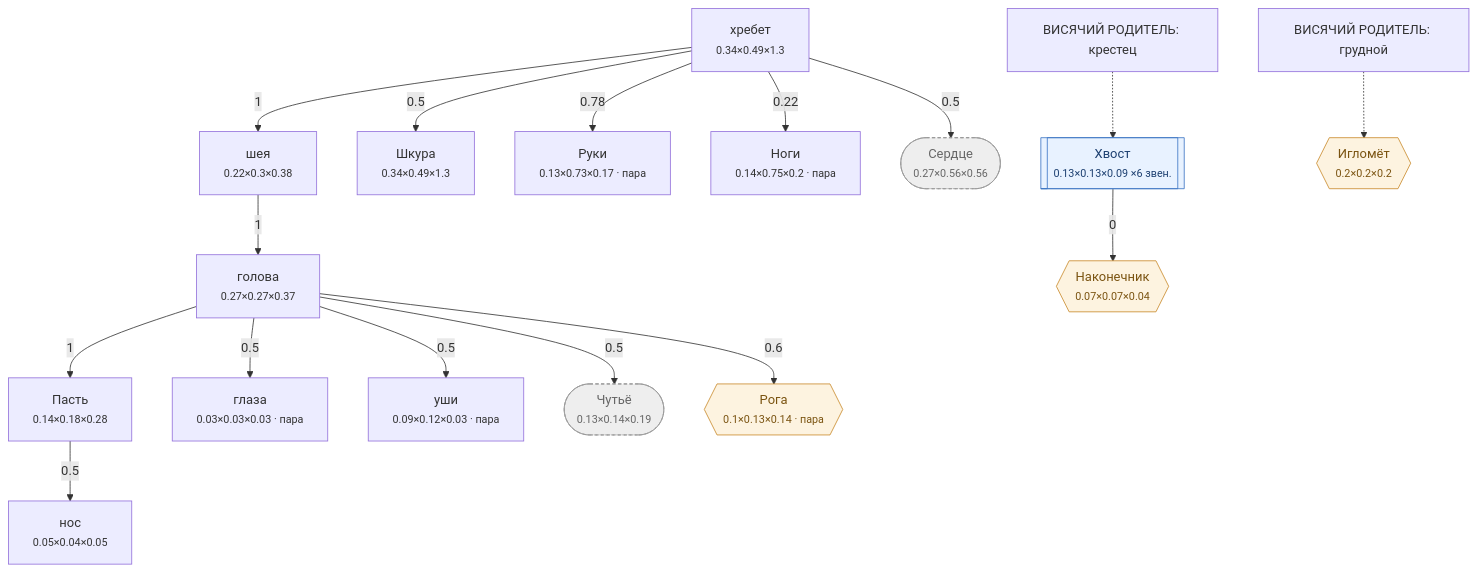
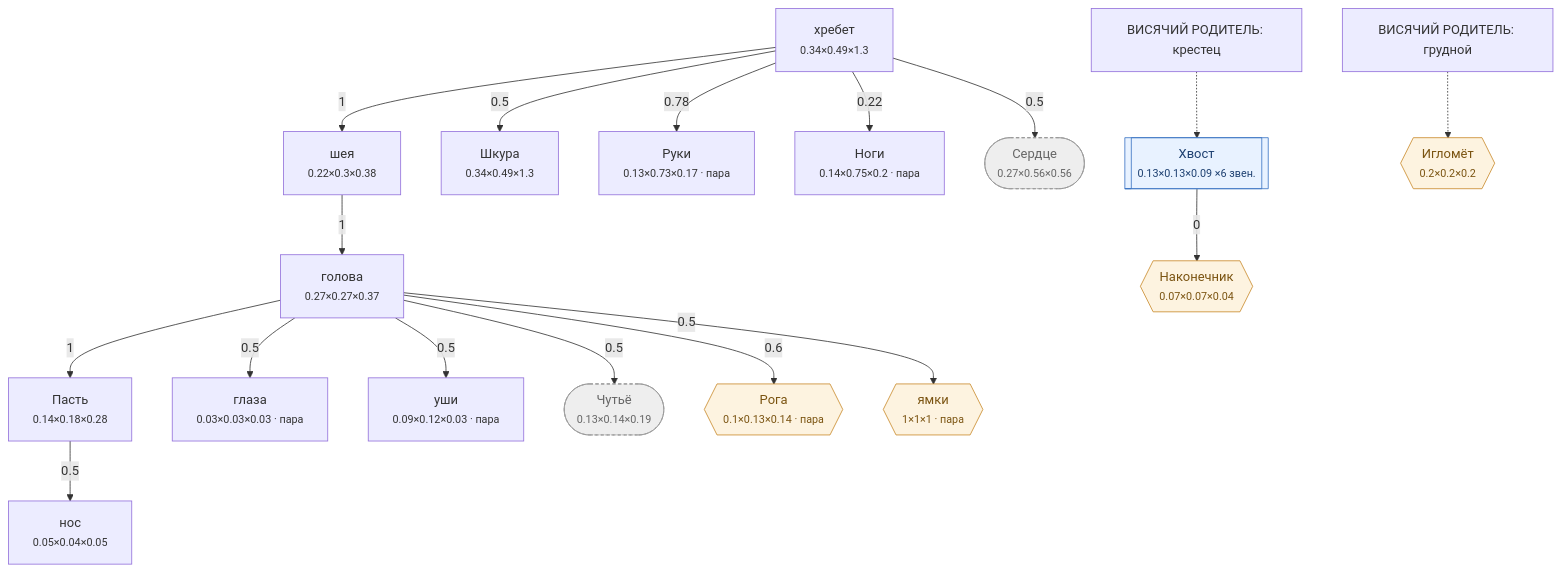
One commit to darklordshish/ChimeraEvolution-2026-06-26_15-29-59 changed the diagram in Docs/Диаграммы/Волк.md. Above: the diagram before and after it, drawn with Mermaid. The commit also changed other lines of this file and 15 other files, not shown here.

````diff
--- a/Docs/Диаграммы/Волк.md
+++ b/Docs/Диаграммы/Волк.md
@@ -44,42 +45,44 @@
 ```mermaid
 flowchart TD
     n0["хребет<br/><small>0.34×0.49×1.3</small>"]
     n1["нос<br/><small>0.05×0.04×0.05</small>"]
     n2["голова<br/><small>0.27×0.27×0.37</small>"]
     n3["Пасть<br/><small>0.14×0.18×0.28</small>"]
     n4["глаза<br/><small>0.03×0.03×0.03 · пара</small>"]
     n5["уши<br/><small>0.09×0.12×0.03 · пара</small>"]
     n6["шея<br/><small>0.22×0.3×0.38</small>"]
     n7["Шкура<br/><small>0.34×0.49×1.3</small>"]
     n8["Руки<br/><small>0.13×0.73×0.17 · пара</small>"]
     n9["Ноги<br/><small>0.14×0.75×0.2 · пара</small>"]
     n10[["Хвост<br/><small>0.13×0.13×0.09 ×6 звен.</small>"]]
     n11(["Сердце<br/><small>0.27×0.56×0.56</small>"])
     n12(["Чутьё<br/><small>0.13×0.14×0.19</small>"])
     n13{{"Рога<br/><small>0.1×0.13×0.14 · пара</small>"}}
     n14{{"Наконечник<br/><small>0.07×0.07×0.04</small>"}}
     n15{{"Игломёт<br/><small>0.2×0.2×0.2</small>"}}
+    n16{{"ямки<br/><small>1×1×1 · пара</small>"}}
 
     n3 -->|0.5| n1
     n6 -->|1| n2
     n2 -->|1| n3
     n2 -->|0.5| n4
     n2 -->|0.5| n5
     n0 -->|1| n6
     n0 -->|0.5| n7
     n0 -->|0.78| n8
     n0 -->|0.22| n9
     broken_n10["ВИСЯЧИЙ РОДИТЕЛЬ: крестец"] -.-> n10
     n0 -->|0.5| n11
     n2 -->|0.5| n12
     n2 -->|0.6| n13
     n10 -->|0| n14
     broken_n15["ВИСЯЧИЙ РОДИТЕЛЬ: грудной"] -.-> n15
+    n2 -->|0.5| n16
 
     classDef hid fill:#eee,stroke:#999,stroke-dasharray:4 3,color:#666
     classDef gr fill:#fdf3e0,stroke:#c98a2b,color:#7a5310
     classDef ch fill:#e8f2ff,stroke:#3b74c4,color:#1c3f70
     class n11,n12 hid
-    class n13,n14,n15 gr
+    class n13,n14,n15,n16 gr
     class n10 ch
 ```
````
